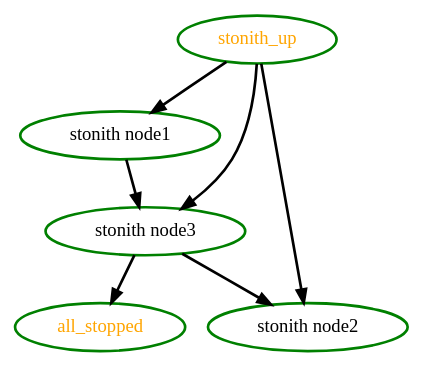
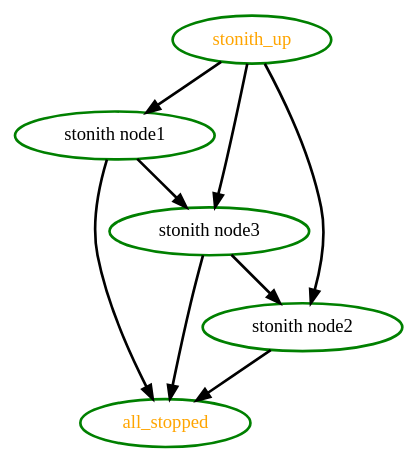
One commit to richiewen8/heartbeat changed the diagram in crm/pengine/testcases/rec-node-14.dot. Above: the diagram before and after it, drawn with Graphviz. The commit also changed 47 other files, not shown here.

Commit message:
PE: Streamline STONITH ordering. Make sure 'all_stopped' depends on all STONITH ops.

```diff
--- a/crm/pengine/testcases/rec-node-14.dot
+++ b/crm/pengine/testcases/rec-node-14.dot
@@ -1,13 +1,15 @@
  digraph "g" {
 "all_stopped" [ style=bold color="green" fontcolor="orange"  ]
+"stonith node1" -> "all_stopped" [ style = bold]
 "stonith node1" -> "stonith node3" [ style = bold]
 "stonith node1" [ style=bold color="green" fontcolor="black" ]
+"stonith node2" -> "all_stopped" [ style = bold]
 "stonith node2" [ style=bold color="green" fontcolor="black" ]
 "stonith node3" -> "all_stopped" [ style = bold]
 "stonith node3" -> "stonith node2" [ style = bold]
 "stonith node3" [ style=bold color="green" fontcolor="black" ]
 "stonith_up" -> "stonith node1" [ style = bold]
 "stonith_up" -> "stonith node2" [ style = bold]
 "stonith_up" -> "stonith node3" [ style = bold]
 "stonith_up" [ style=bold color="green" fontcolor="orange"  ]
 }
```
